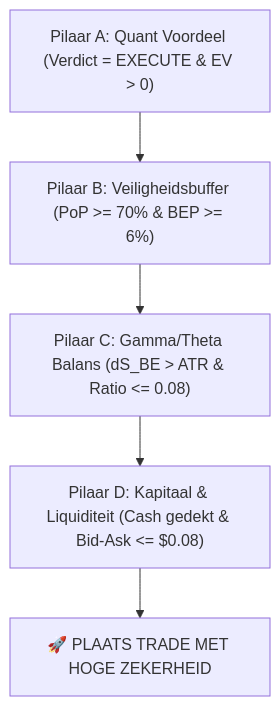
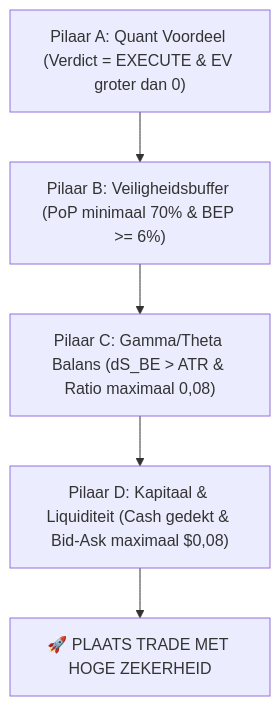
One commit to rvangiesen/spread_optie_selectie_2026vs1 changed the first of 2 diagrams in Handleiding_Optie_Contract_Selectie.md. Above: the diagram before and after it, drawn with Mermaid. The commit also changed other lines of this file and 7 other files, not shown here.

````diff
--- a/Handleiding_Optie_Contract_Selectie.md
+++ b/Handleiding_Optie_Contract_Selectie.md
@@ -888,7 +895,7 @@
 ```mermaid
 graph TD
-    A["Pilaar A: Quant Voordeel (Verdict = EXECUTE & EV > 0)"] --> B["Pilaar B: Veiligheidsbuffer (PoP >= 70% & BEP >= 6%)"]
-    B --> C["Pilaar C: Gamma/Theta Balans (dS_BE > ATR & Ratio <= 0.08)"]
-    C --> D["Pilaar D: Kapitaal & Liquiditeit (Cash gedekt & Bid-Ask <= $0.08)"]
-    D --> E["🚀 PLAATS TRADE MET HOGE ZEKERHEID"]
+ A["Pilaar A: Quant Voordeel (Verdict = EXECUTE & EV groter dan 0)"] --> B["Pilaar B: Veiligheidsbuffer (PoP minimaal 70% & BEP >= 6%)"]
+ B --> C["Pilaar C: Gamma/Theta Balans (dS_BE > ATR & Ratio maximaal 0,08)"]
+ C --> D["Pilaar D: Kapitaal & Liquiditeit (Cash gedekt & Bid-Ask maximaal $0,08)"]
+ D --> E["🚀 PLAATS TRADE MET HOGE ZEKERHEID"]
 ```
````
